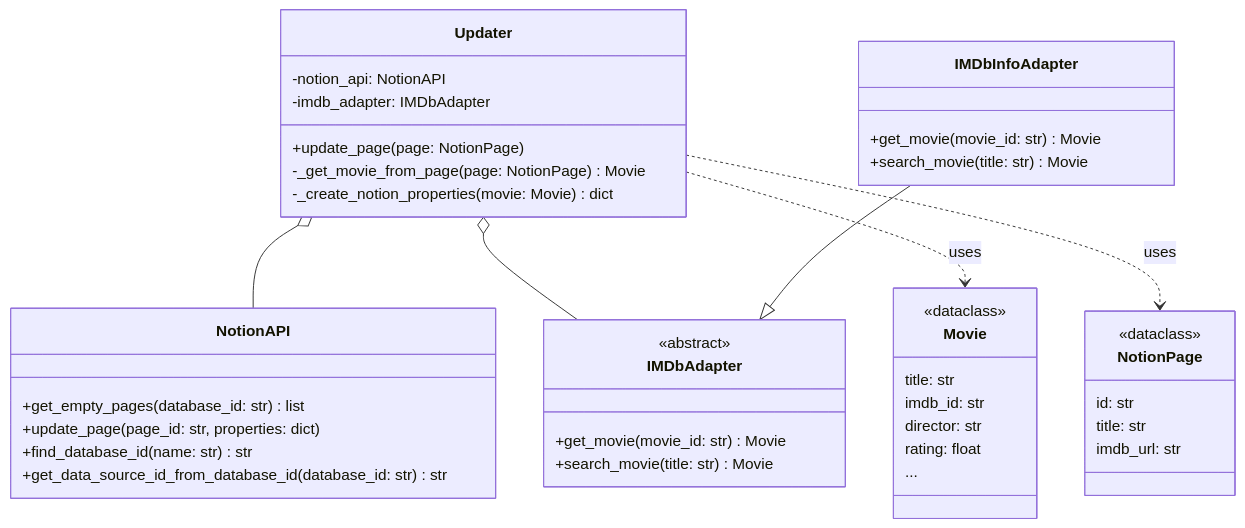
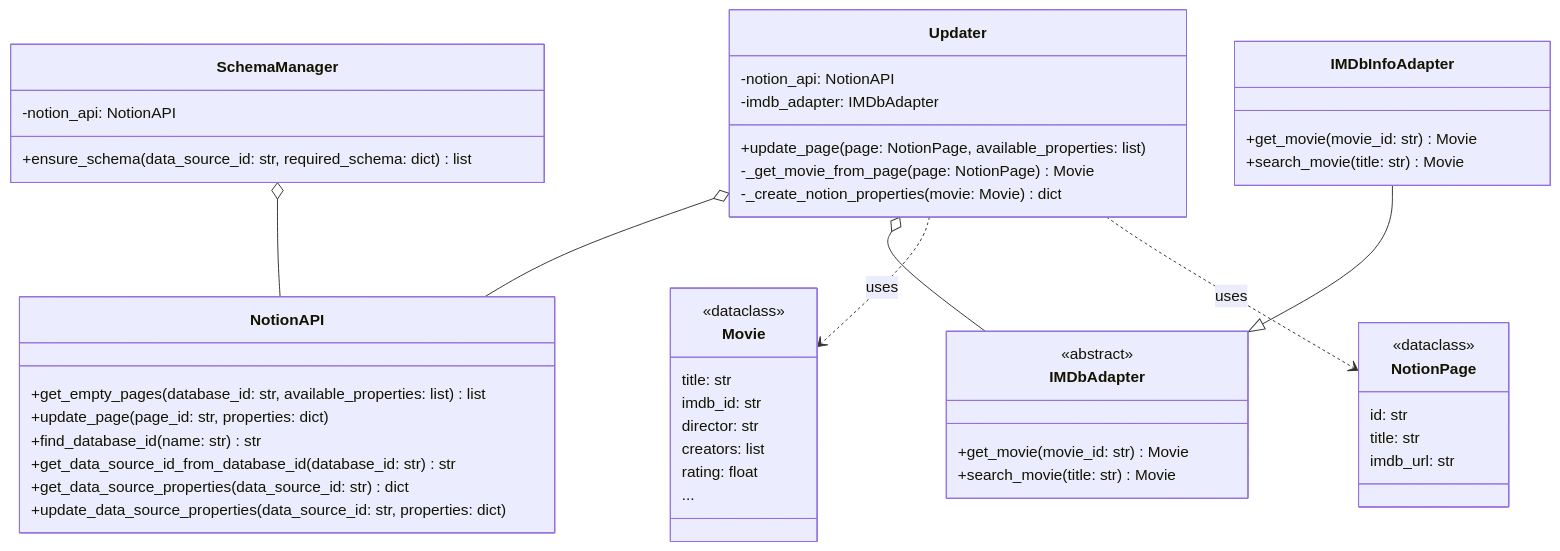
One commit to zeashrak/notion-imdb-movielist-update changed the diagram in docs/class.md. Above: the diagram before and after it, drawn with Mermaid. The commit also changed 2 other files, not shown here.

Commit message:
docs: update class and sequence diagrams and readme

````diff
--- a/docs/class.md
+++ b/docs/class.md
@@ -5,51 +5,60 @@
 ```mermaid
 classDiagram
     class Updater {
         -notion_api: NotionAPI
         -imdb_adapter: IMDbAdapter
-        +update_page(page: NotionPage)
+        +update_page(page: NotionPage, available_properties: list)
         -_get_movie_from_page(page: NotionPage) Movie
         -_create_notion_properties(movie: Movie) dict
     }
 
+    class SchemaManager {
+        -notion_api: NotionAPI
+        +ensure_schema(data_source_id: str, required_schema: dict) list
+    }
+
     class NotionAPI {
-        +get_empty_pages(database_id: str) list
+        +get_empty_pages(database_id: str, available_properties: list) list
         +update_page(page_id: str, properties: dict)
         +find_database_id(name: str) str
         +get_data_source_id_from_database_id(database_id: str) str
+        +get_data_source_properties(data_source_id: str) dict
+        +update_data_source_properties(data_source_id: str, properties: dict)
     }
 
     class IMDbAdapter {
         <<abstract>>
         +get_movie(movie_id: str) Movie
         +search_movie(title: str) Movie
     }
 
     class IMDbInfoAdapter {
         +get_movie(movie_id: str) Movie
         +search_movie(title: str) Movie
     }
 
     class Movie {
         <<dataclass>>
         title: str
         imdb_id: str
         director: str
+        creators: list
         rating: float
         ...
     }
 
     class NotionPage {
         <<dataclass>>
         id: str
         title: str
         imdb_url: str
     }
 
     Updater o-- NotionAPI
     Updater o-- IMDbAdapter
+    SchemaManager o-- NotionAPI
     IMDbInfoAdapter --|> IMDbAdapter
     Updater ..> Movie : uses
     Updater ..> NotionPage : uses
 
 ```
````
